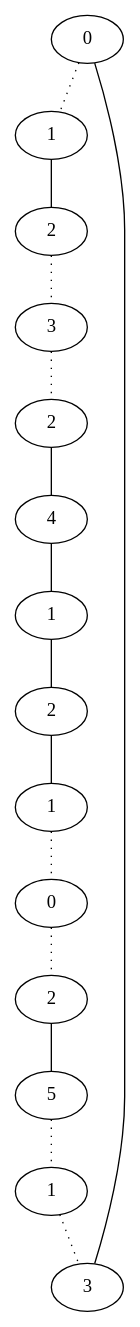
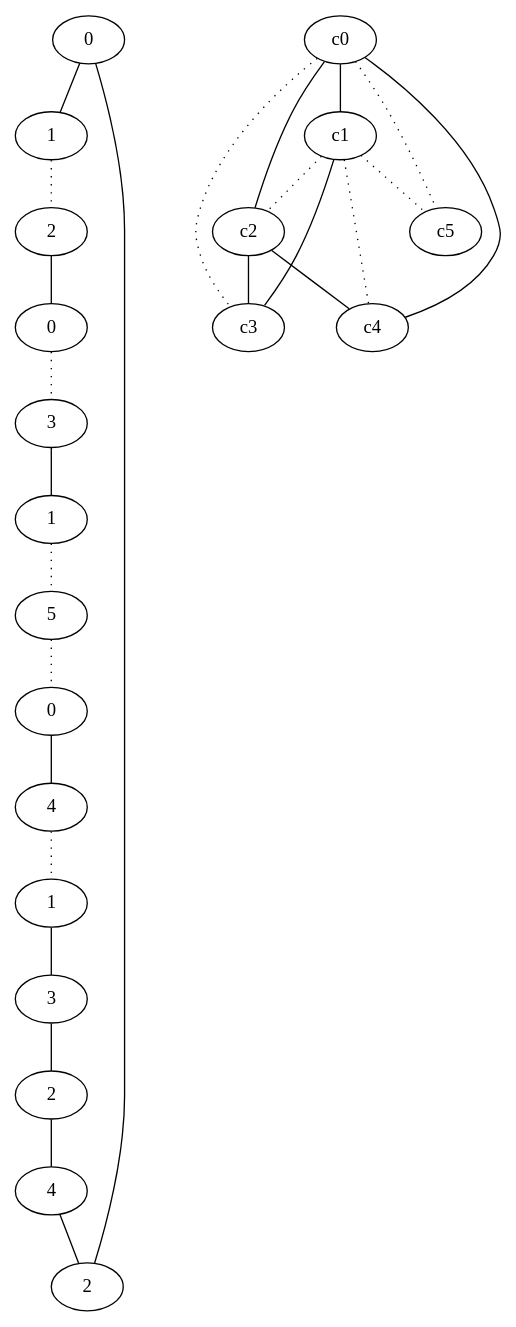
Before and after one commit to d1laj/Stage-M2: the diagram in TestPathsfactorised/result/dot/cycle_14_6_s.dot, drawn with Graphviz. The commit also changed 7499 other files, not shown here.

```diff
--- a/TestPathsfactorised/result/dot/cycle_14_6_s.dot
+++ b/TestPathsfactorised/result/dot/cycle_14_6_s.dot
@@ -1,30 +1,41 @@
 graph {
 a0[label=0];
 a1[label=1];
 a2[label=2];
-a3[label=3];
-a4[label=2];
-a5[label=4];
-a6[label=1];
-a7[label=2];
-a8[label=1];
-a9[label=0];
-a10[label=2];
-a11[label=5];
-a12[label=1];
-a13[label=3];
-a0 -- a1 [style=dotted];
+a3[label=0];
+a4[label=3];
+a5[label=1];
+a6[label=5];
+a7[label=0];
+a8[label=4];
+a9[label=1];
+a10[label=3];
+a11[label=2];
+a12[label=4];
+a13[label=2];
+a0 -- a1;
 a0 -- a13;
-a1 -- a2;
-a2 -- a3 [style=dotted];
+a1 -- a2 [style=dotted];
+a2 -- a3;
 a3 -- a4 [style=dotted];
 a4 -- a5;
-a5 -- a6;
-a6 -- a7;
+a5 -- a6 [style=dotted];
+a6 -- a7 [style=dotted];
 a7 -- a8;
 a8 -- a9 [style=dotted];
-a9 -- a10 [style=dotted];
+a9 -- a10;
 a10 -- a11;
-a11 -- a12 [style=dotted];
-a12 -- a13 [style=dotted];
+a11 -- a12;
+a12 -- a13;
+c0 -- c1;
+c0 -- c2;
+c0 -- c3 [style=dotted];
+c0 -- c4;
+c0 -- c5 [style=dotted];
+c1 -- c2 [style=dotted];
+c1 -- c3;
+c1 -- c4 [style=dotted];
+c1 -- c5 [style=dotted];
+c2 -- c3;
+c2 -- c4;
 }
```
